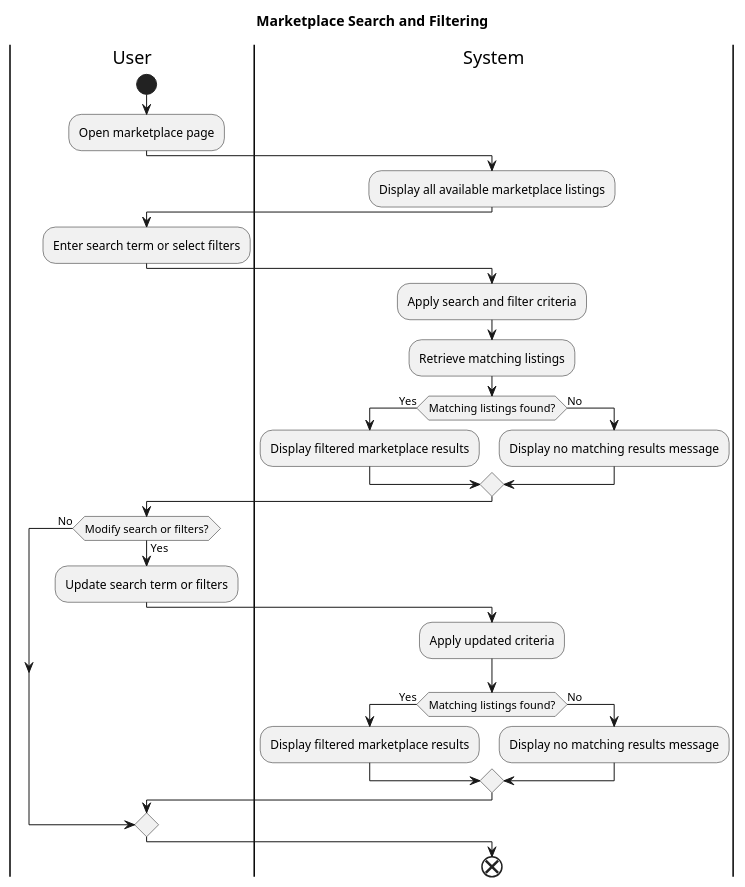
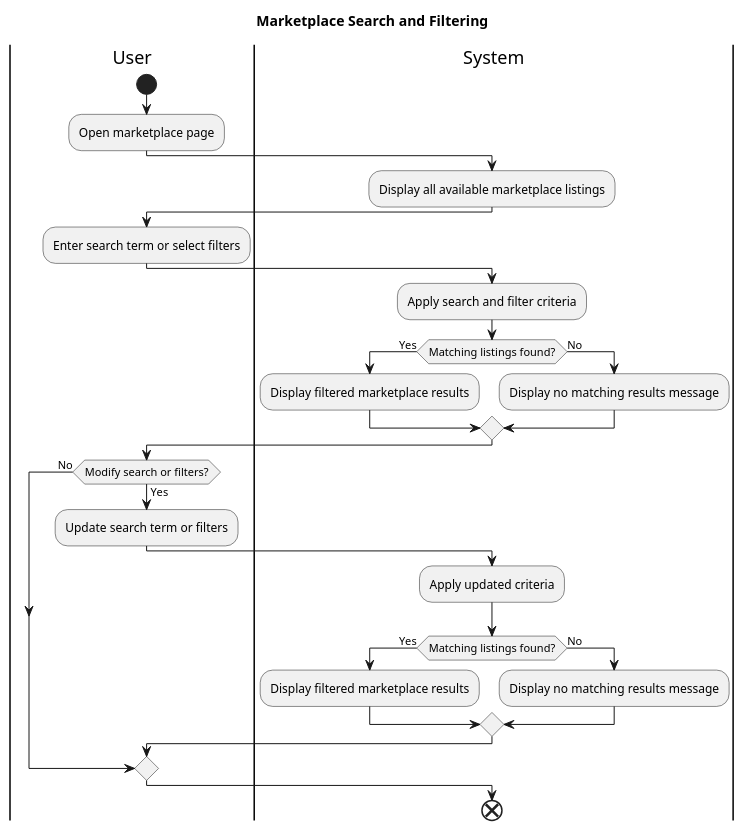
Before and after one commit to JanPerez35/PlantUML: the diagram in activityDiagrams/Marketplace Search and Filtering.puml, drawn with PlantUML. The commit also changed 9 other files, not shown here.

Commit message:
Updated use case and activity diagrams for clarity.

```diff
--- a/activityDiagrams/Marketplace Search and Filtering.puml
+++ b/activityDiagrams/Marketplace Search and Filtering.puml
@@ -1,38 +1,37 @@
 @startuml
 title Marketplace Search and Filtering
 
 |User|
 start
 :Open marketplace page;
 
 |System|
 :Display all available marketplace listings;
 
 |User|
 :Enter search term or select filters;
 
 |System|
 :Apply search and filter criteria;
-:Retrieve matching listings;
 
 if (Matching listings found?) then (Yes)
   :Display filtered marketplace results;
 else (No)
   :Display no matching results message;
 endif
 
 |User|
 if (Modify search or filters?) then (Yes)
   :Update search term or filters;
   |System|
   :Apply updated criteria;
   if (Matching listings found?) then (Yes)
     :Display filtered marketplace results;
   else (No)
     :Display no matching results message;
   endif
 else (No)
 endif
 
 end
 @enduml
```
